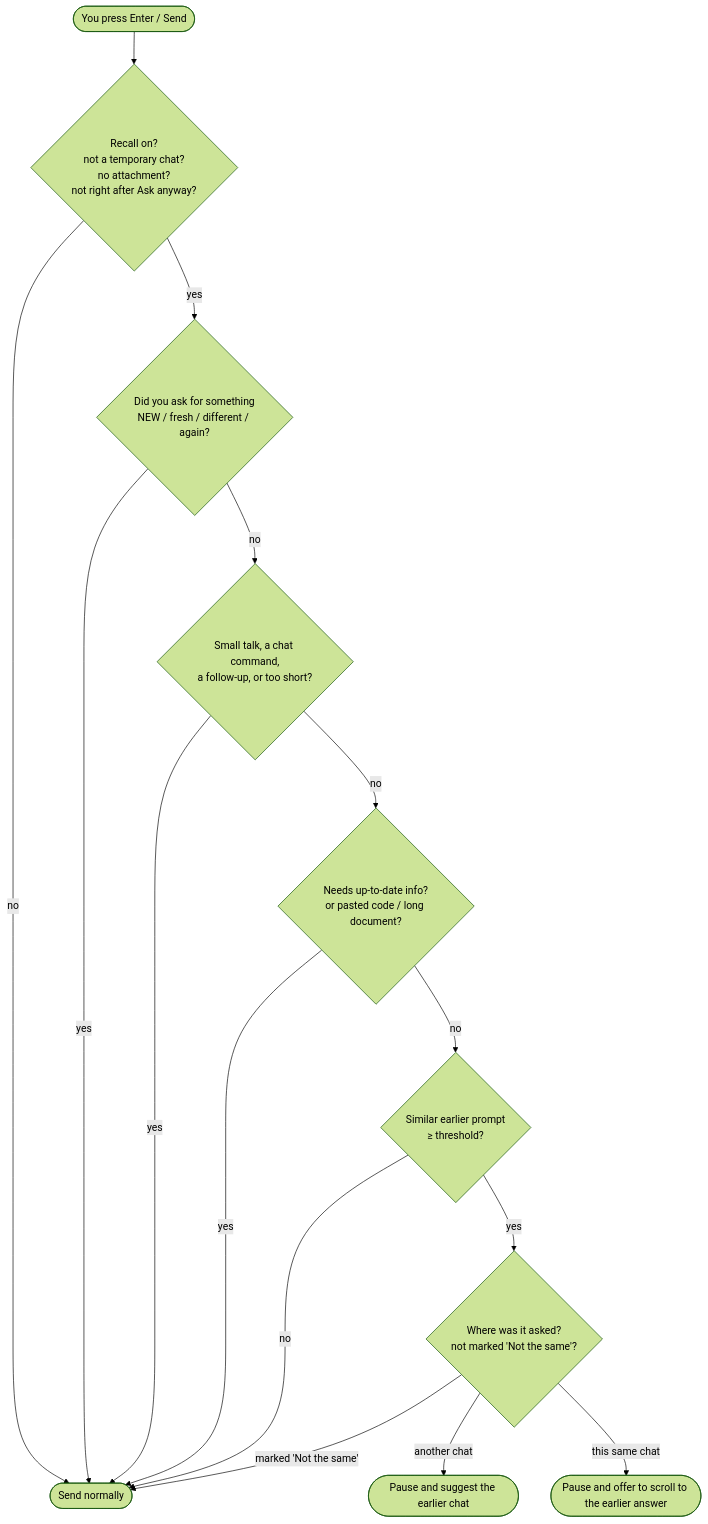
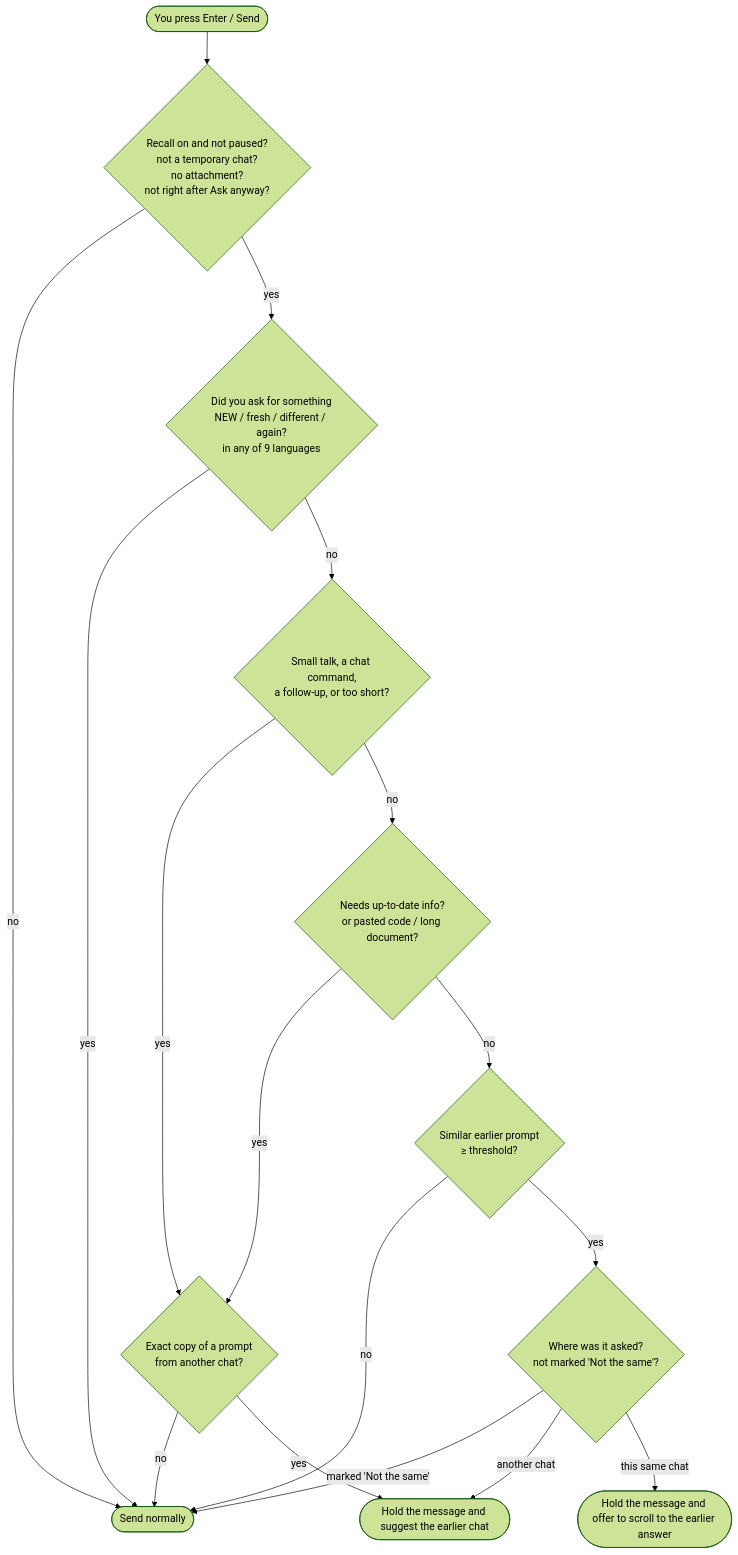
Before and after one commit to Anushka180712/Recall-API: the first of 4 diagrams in README.md, drawn with Mermaid (forest theme). The commit also changed other lines of this file and 38 other files, not shown here.

First line of the commit message:
Make Recall usable worldwide: languages, pause, undo, logging and full docs

````diff
--- a/README.md
+++ b/README.md
@@ -76,17 +162,19 @@
 ```mermaid
 flowchart TD
-    A([You press Enter / Send]) --> B{Recall on?<br/>not a temporary chat?<br/>no attachment?<br/>not right after Ask anyway?}
+    A([You press Enter / Send]) --> B{Recall on and not paused?<br/>not a temporary chat?<br/>no attachment?<br/>not right after Ask anyway?}
     B -- no --> SEND([Send normally])
-    B -- yes --> C{Did you ask for something<br/>NEW / fresh / different / again?}
+    B -- yes --> C{Did you ask for something<br/>NEW / fresh / different / again?<br/>in any of 9 languages}
     C -- yes --> SEND
     C -- no --> D{Small talk, a chat command,<br/>a follow-up, or too short?}
-    D -- yes --> SEND
+    D -- yes --> X{Exact copy of a prompt<br/>from another chat?}
+    E -- yes --> X
+    X -- no --> SEND
+    X -- yes --> R
     D -- no --> E{Needs up-to-date info?<br/>or pasted code / long document?}
-    E -- yes --> SEND
     E -- no --> F{Similar earlier prompt<br/>≥ threshold?}
     F -- no --> SEND
     F -- yes --> G{Where was it asked?<br/>not marked 'Not the same'?}
     G -- marked 'Not the same' --> SEND
-    G -- another chat --> R([Pause and suggest the earlier chat])
-    G -- this same chat --> H([Pause and offer to scroll to the earlier answer])
+    G -- another chat --> R([Hold the message and suggest the earlier chat])
+    G -- this same chat --> H([Hold the message and offer to scroll to the earlier answer])
 ```
````
